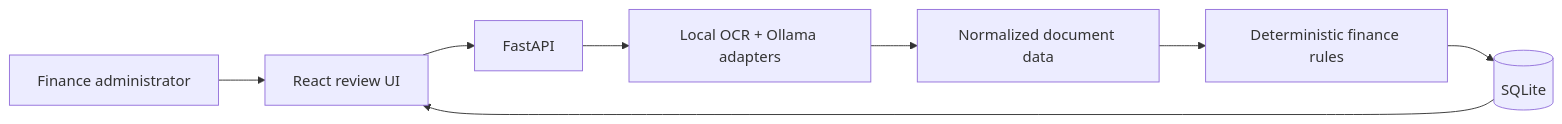
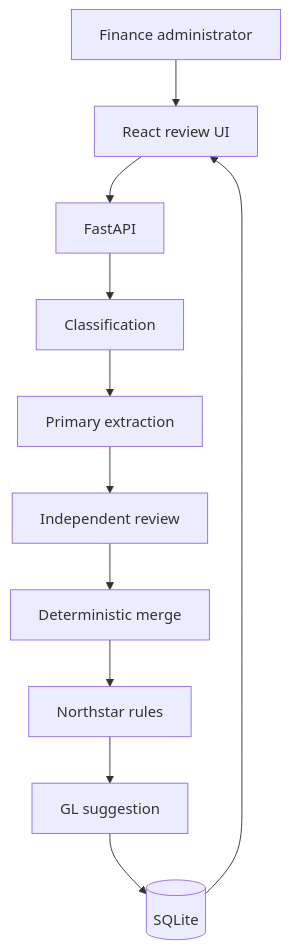
The diagram in docs/architecture.md (fares-ds/end-to-end-invoice-and-receipt-review-application), drawn with Mermaid before and after one commit. The commit also changed other lines of this file and 2 other files, not shown here.

````diff
--- a/docs/architecture.md
+++ b/docs/architecture.md
@@ -15,10 +20,13 @@
 ```mermaid
-flowchart LR
+flowchart TB
     user[Finance administrator] --> ui[React review UI]
     ui --> api[FastAPI]
-    api --> providers[Local OCR + Ollama adapters]
-    providers --> normalized[Normalized document data]
-    normalized --> rules[Deterministic finance rules]
-    rules --> db[(SQLite)]
+    api --> classify[Classification]
+    classify --> extract[Primary extraction]
+    extract --> review[Independent review]
+    review --> merge[Deterministic merge]
+    merge --> rules[Northstar rules]
+    rules --> gl[GL suggestion]
+    gl --> db[(SQLite)]
     db --> ui
 ```
````
